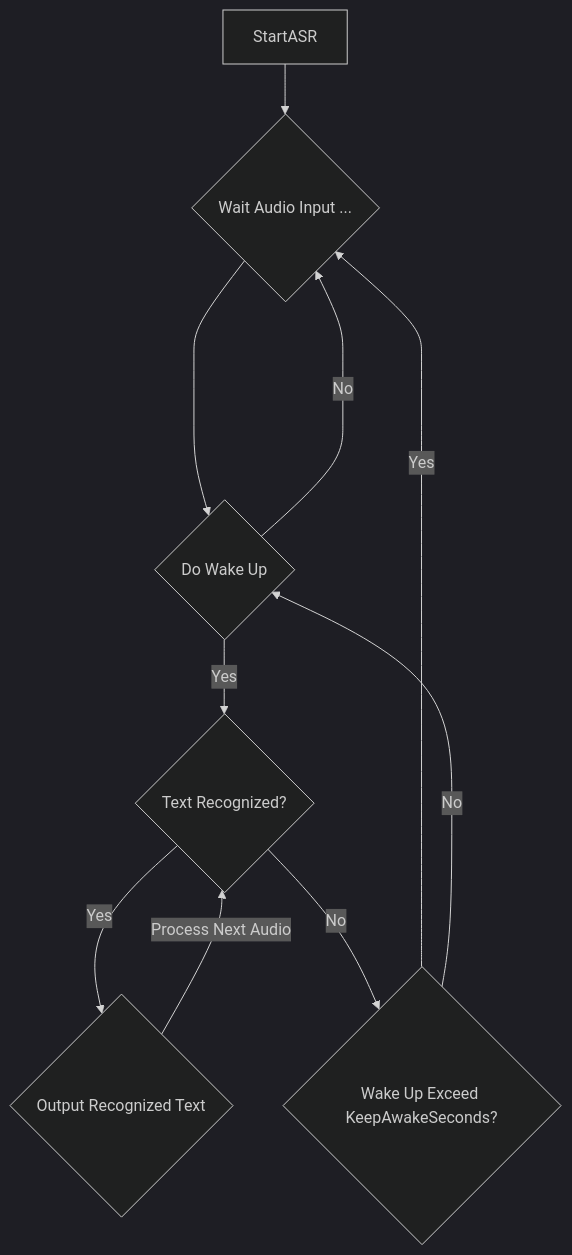
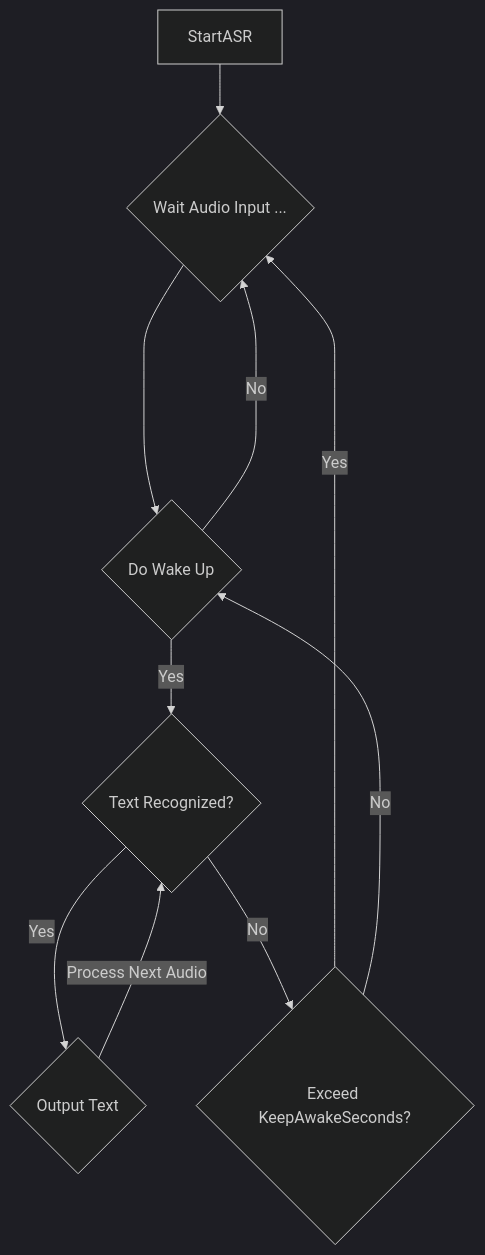
One commit to endink/Mediapipe4u-plugin changed the diagram in docs/speech/wakeup.md. Above: the diagram before and after it, drawn with Mermaid (dark theme).

````diff
--- a/docs/speech/wakeup.md
+++ b/docs/speech/wakeup.md
@@ -63,15 +63,15 @@
 ``` mermaid
 graph TD
   A[StartASR] --> B{Wait Audio Input ...};
   B --> C{Do Wake Up};
   C -->|Yes| D{Text Recognized?};
 
-  D -->|Yes| E{Output Recognized Text};
+  D -->|Yes| E{Output Text};
   E -->|Process Next Audio|D
  
-  D -->|No| F{Wake Up Exceed KeepAwakeSeconds?};
+  D -->|No| F{Exceed KeepAwakeSeconds?};
   F --> |Yes| B
   F --> |No| C
   
   C ---->|No| B;
 ```
````
